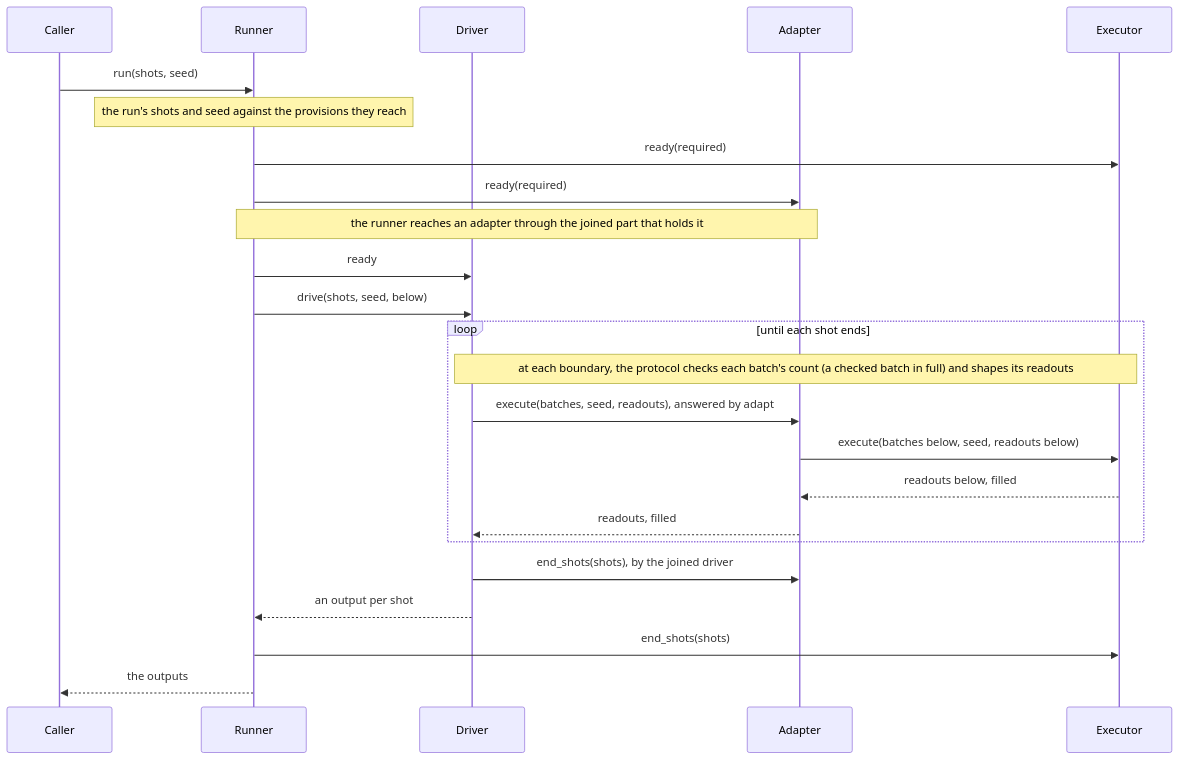
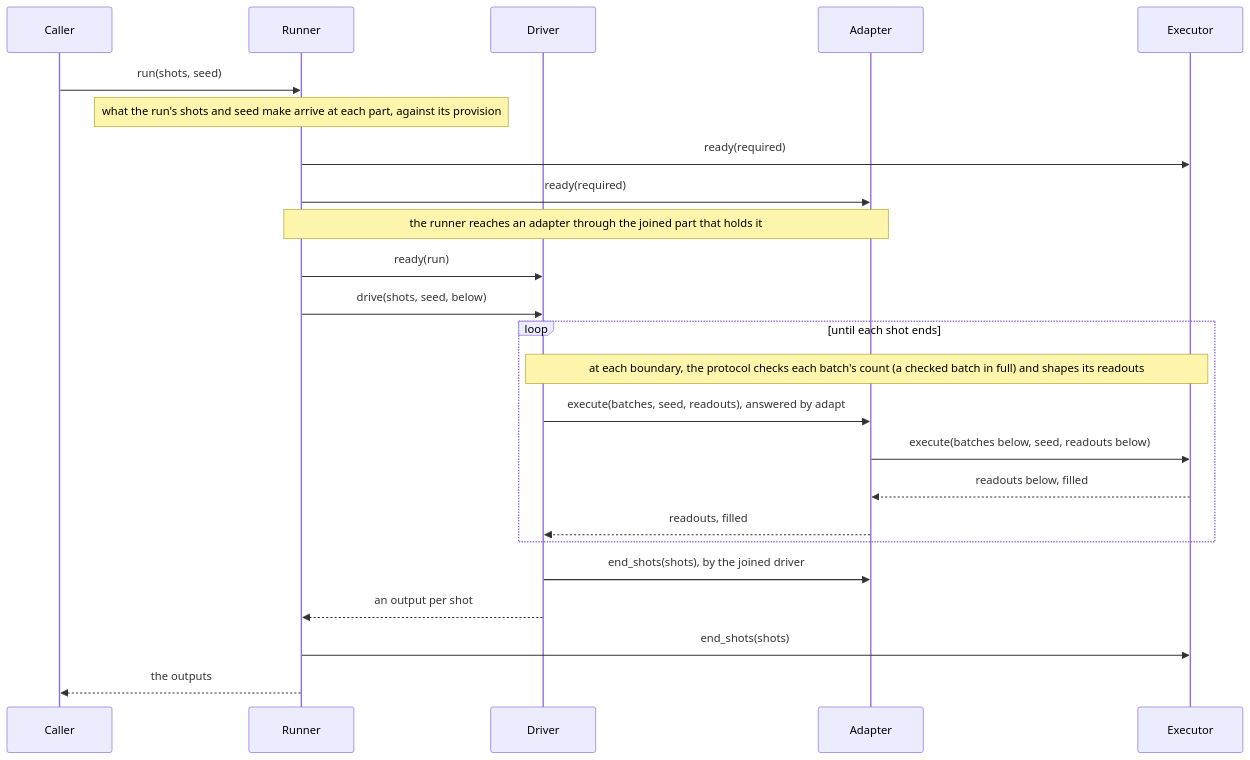
The diagram in source/executor_protocol/README.md (microsoft/qdk), drawn with Mermaid before and after one commit. The commit also changed other lines of this file and 7 other files, not shown here.

````diff
--- a/source/executor_protocol/README.md
+++ b/source/executor_protocol/README.md
@@ -249,26 +249,26 @@
 ```mermaid
 sequenceDiagram
   participant C as Caller
   participant R as Runner
   participant D as Driver
   participant A as Adapter
   participant E as Executor
   C->>R: run(shots, seed)
-  Note over R: the run's shots and seed against the provisions they reach
+  Note over R: what the run's shots and seed make arrive at each part, against its provision
   R->>E: ready(required)
   R->>A: ready(required)
   Note over R,A: the runner reaches an adapter through the joined part that holds it
-  R->>D: ready
+  R->>D: ready(run)
   R->>D: drive(shots, seed, below)
   loop until each shot ends
     Note over D,E: at each boundary, the protocol checks each batch's count (a checked batch in full) and shapes its readouts
     D->>A: execute(batches, seed, readouts), answered by adapt
     A->>E: execute(batches below, seed, readouts below)
     E-->>A: readouts below, filled
     A-->>D: readouts, filled
   end
   D->>A: end_shots(shots), by the joined driver
   D-->>R: an output per shot
   R->>E: end_shots(shots)
   R-->>C: the outputs
 ```
````
